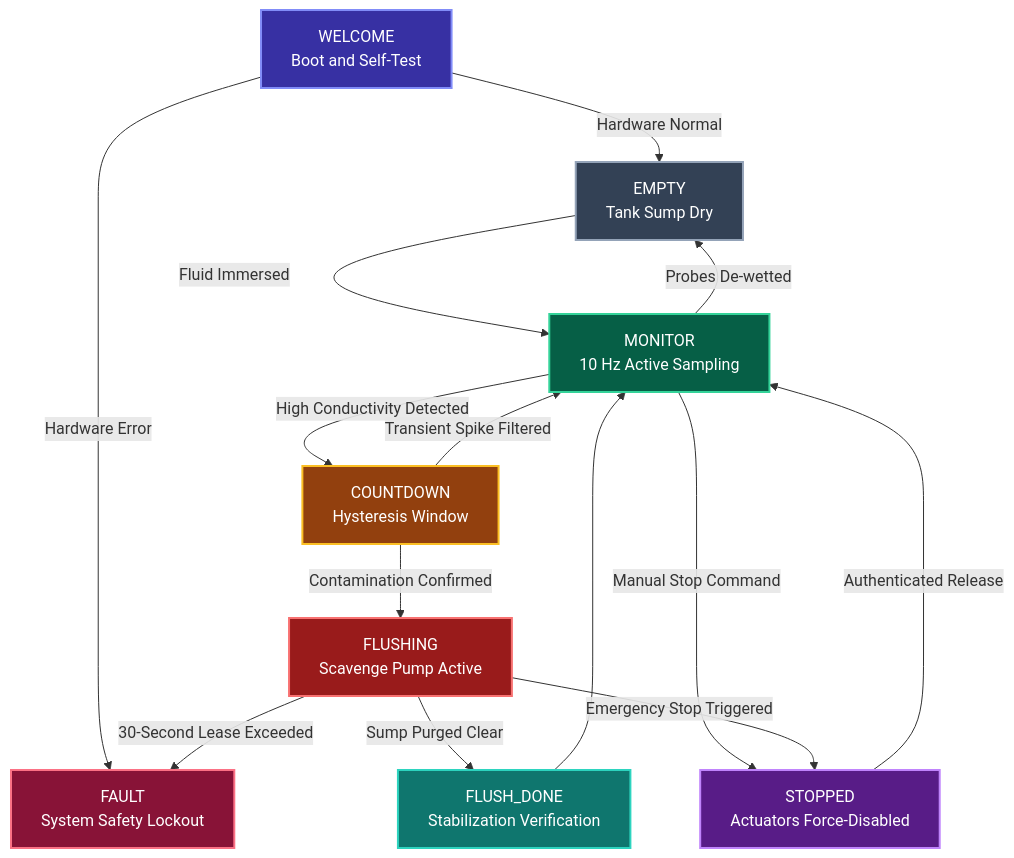
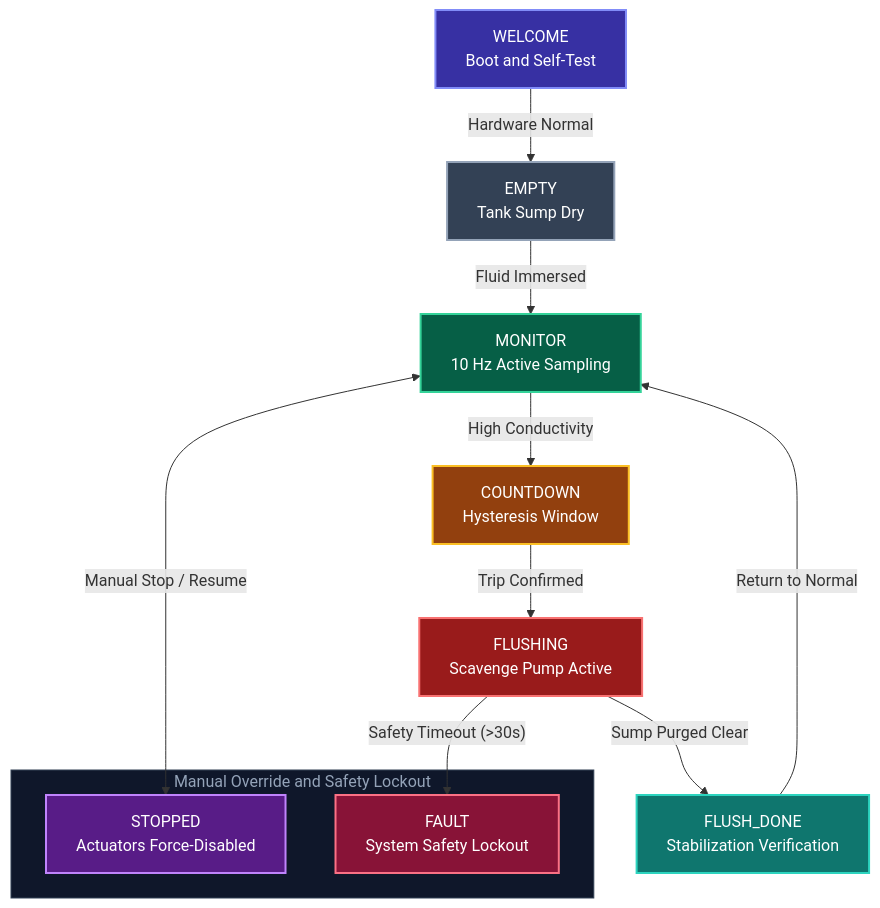
The second of 2 diagrams in README.md (RizzWan-Codes/FuelGuard), drawn with Mermaid before and after one commit.

Commit message:
Align FSM flowchart with centered vertical spine and balanced override states

````diff
--- a/README.md
+++ b/README.md
@@ -161,25 +161,27 @@
 ```mermaid
 flowchart TD
     WELCOME["WELCOME<br/>Boot and Self-Test"] -->|"Hardware Normal"| EMPTY["EMPTY<br/>Tank Sump Dry"]
-    WELCOME -->|"Hardware Error"| FAULT["FAULT<br/>System Safety Lockout"]
     EMPTY -->|"Fluid Immersed"| MONITOR["MONITOR<br/>10 Hz Active Sampling"]
-    MONITOR -->|"Probes De-wetted"| EMPTY
-    MONITOR -->|"High Conductivity Detected"| COUNTDOWN["COUNTDOWN<br/>Hysteresis Window"]
-    COUNTDOWN -->|"Transient Spike Filtered"| MONITOR
-    COUNTDOWN -->|"Contamination Confirmed"| FLUSHING["FLUSHING<br/>Scavenge Pump Active"]
-    FLUSHING -->|"30-Second Lease Exceeded"| FAULT
+    MONITOR -->|"High Conductivity"| COUNTDOWN["COUNTDOWN<br/>Hysteresis Window"]
+    COUNTDOWN -->|"Trip Confirmed"| FLUSHING["FLUSHING<br/>Scavenge Pump Active"]
     FLUSHING -->|"Sump Purged Clear"| FLUSH_DONE["FLUSH_DONE<br/>Stabilization Verification"]
-    FLUSH_DONE --> MONITOR
-    MONITOR -->|"Manual Stop Command"| STOPPED["STOPPED<br/>Actuators Force-Disabled"]
-    FLUSHING -->|"Emergency Stop Triggered"| STOPPED
-    STOPPED -->|"Authenticated Release"| MONITOR
+    FLUSH_DONE -->|"Return to Normal"| MONITOR
+
+    subgraph Overrides ["Manual Override and Safety Lockout"]
+        STOPPED["STOPPED<br/>Actuators Force-Disabled"]
+        FAULT["FAULT<br/>System Safety Lockout"]
+    end
+
+    MONITOR <-->|"Manual Stop / Resume"| STOPPED
+    FLUSHING -->|"Safety Timeout (>30s)"| FAULT
 
     style WELCOME fill:#3730A3,stroke:#818CF8,stroke-width:2px,color:#FFFFFF
     style EMPTY fill:#334155,stroke:#94A3B8,stroke-width:2px,color:#FFFFFF
     style MONITOR fill:#065F46,stroke:#34D399,stroke-width:2px,color:#FFFFFF
     style COUNTDOWN fill:#92400E,stroke:#FBBF24,stroke-width:2px,color:#FFFFFF
     style FLUSHING fill:#991B1B,stroke:#F87171,stroke-width:2px,color:#FFFFFF
     style FLUSH_DONE fill:#0F766E,stroke:#2DD4BF,stroke-width:2px,color:#FFFFFF
     style STOPPED fill:#581C87,stroke:#C084FC,stroke-width:2px,color:#FFFFFF
     style FAULT fill:#881337,stroke:#FB7185,stroke-width:2px,color:#FFFFFF
+    style Overrides fill:#0f172a,stroke:#334155,stroke-width:1px,color:#94a3b8
 ```
````
